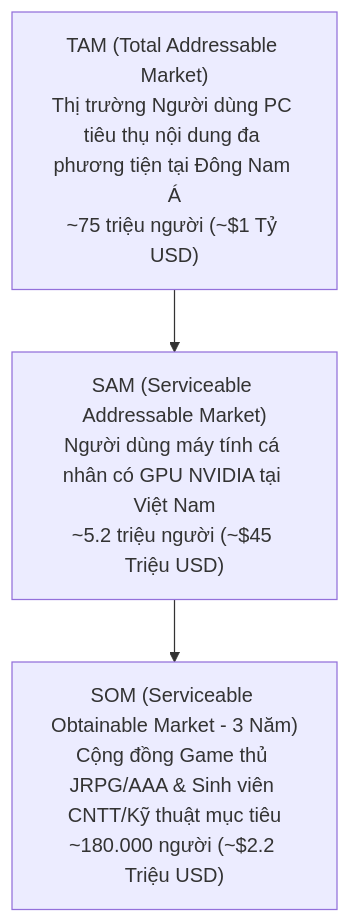
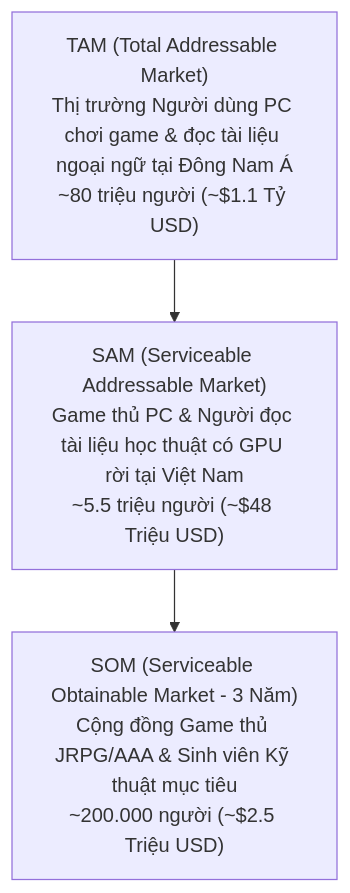
One commit to Kenny11423/VoxGlance changed the third of 4 diagrams in survey_and_feasibility/04_project_feasibility_report.md. Above: the diagram before and after it, drawn with Mermaid. The commit also changed other lines of this file and 8 other files, not shown here.

````diff
--- a/survey_and_feasibility/04_project_feasibility_report.md
+++ b/survey_and_feasibility/04_project_feasibility_report.md
@@ -132,8 +135,8 @@
 ```mermaid
 flowchart TD
-    TAM["TAM (Total Addressable Market)\nThị trường Người dùng PC tiêu thụ nội dung đa phương tiện tại Đông Nam Á\n~75 triệu người (~$1 Tỷ USD)"]
-    SAM["SAM (Serviceable Addressable Market)\nNgười dùng máy tính cá nhân có GPU NVIDIA tại Việt Nam\n~5.2 triệu người (~$45 Triệu USD)"]
-    SOM["SOM (Serviceable Obtainable Market - 3 Năm)\nCộng đồng Game thủ JRPG/AAA & Sinh viên CNTT/Kỹ thuật mục tiêu\n~180.000 người (~$2.2 Triệu USD)"]
+    TAM["TAM (Total Addressable Market)\nThị trường Người dùng PC chơi game & đọc tài liệu ngoại ngữ tại Đông Nam Á\n~80 triệu người (~$1.1 Tỷ USD)"]
+    SAM["SAM (Serviceable Addressable Market)\nGame thủ PC & Người đọc tài liệu học thuật có GPU rời tại Việt Nam\n~5.5 triệu người (~$48 Triệu USD)"]
+    SOM["SOM (Serviceable Obtainable Market - 3 Năm)\nCộng đồng Game thủ JRPG/AAA & Sinh viên Kỹ thuật mục tiêu\n~200.000 người (~$2.5 Triệu USD)"]
 
     TAM --> SAM --> SOM
 ```
````
